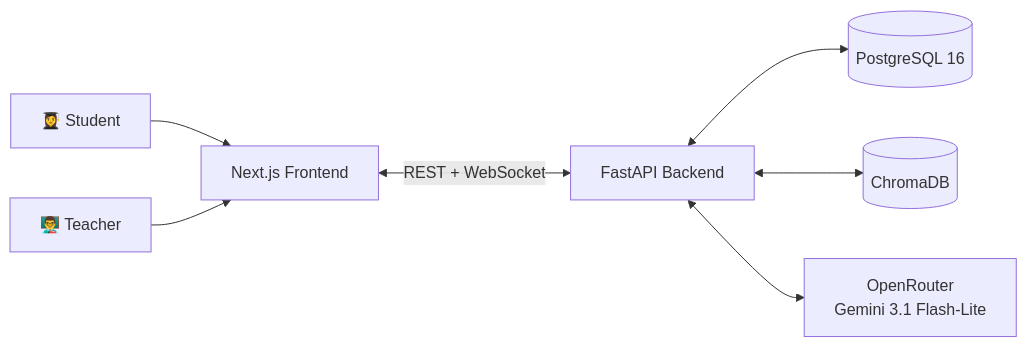
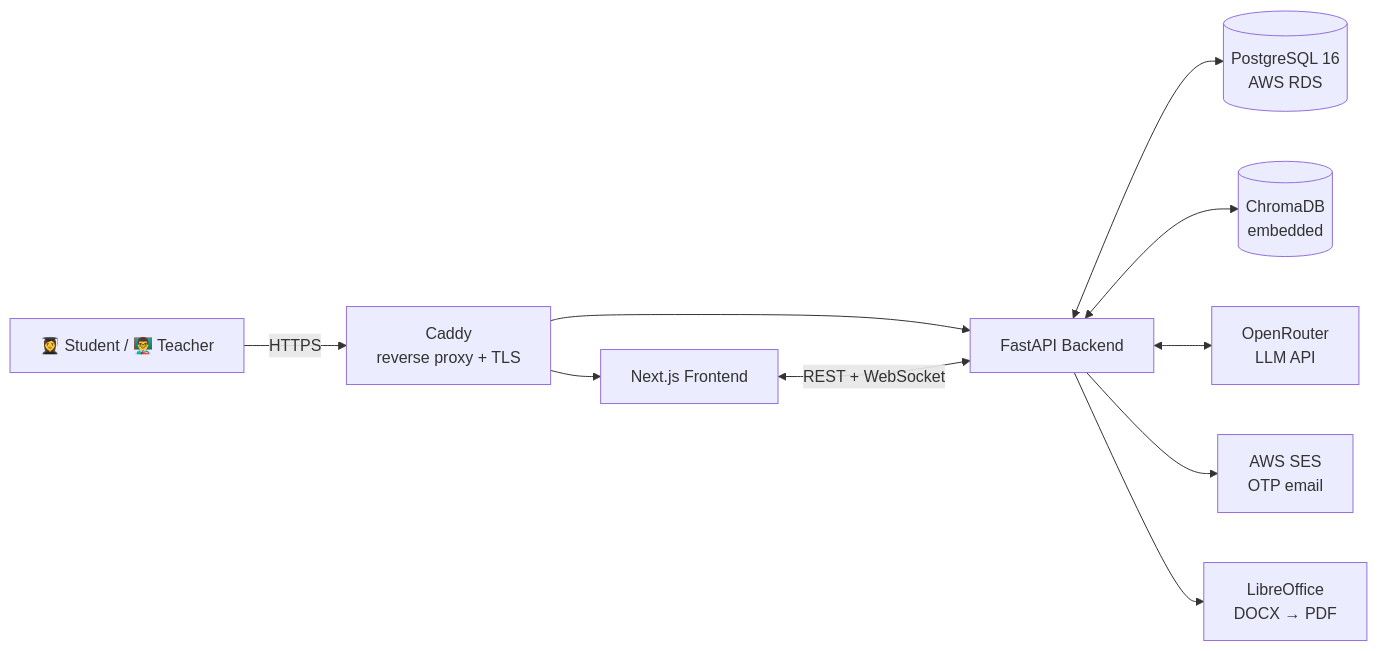
The first of 2 diagrams in README.md (thanaphat123/thanaphat123), drawn with Mermaid before and after one commit. The commit also changed other lines of this file, not shown here.

````diff
--- a/README.md
+++ b/README.md
@@ -54,9 +56,12 @@
 ```mermaid
 flowchart LR
-    S[👩‍🎓 Student] --> FE[Next.js Frontend]
-    T[👨‍🏫 Teacher] --> FE
-    FE <-->|REST + WebSocket| BE[FastAPI Backend]
-    BE <--> PG[(PostgreSQL 16)]
-    BE <--> VDB[(ChromaDB)]
-    BE <--> LLM[OpenRouter<br/>Gemini 3.1 Flash-Lite]
+    U[👩‍🎓 Student / 👨‍🏫 Teacher] -->|HTTPS| CAD[Caddy<br/>reverse proxy + TLS]
+    CAD --> FE[Next.js Frontend]
+    CAD --> BE[FastAPI Backend]
+    FE <-->|REST + WebSocket| BE
+    BE <--> PG[(PostgreSQL 16<br/>AWS RDS)]
+    BE <--> VDB[(ChromaDB<br/>embedded)]
+    BE <--> OR[OpenRouter<br/>LLM API]
+    BE --> SES[AWS SES<br/>OTP email]
+    BE --> LO[LibreOffice<br/>DOCX → PDF]
 ```
````
